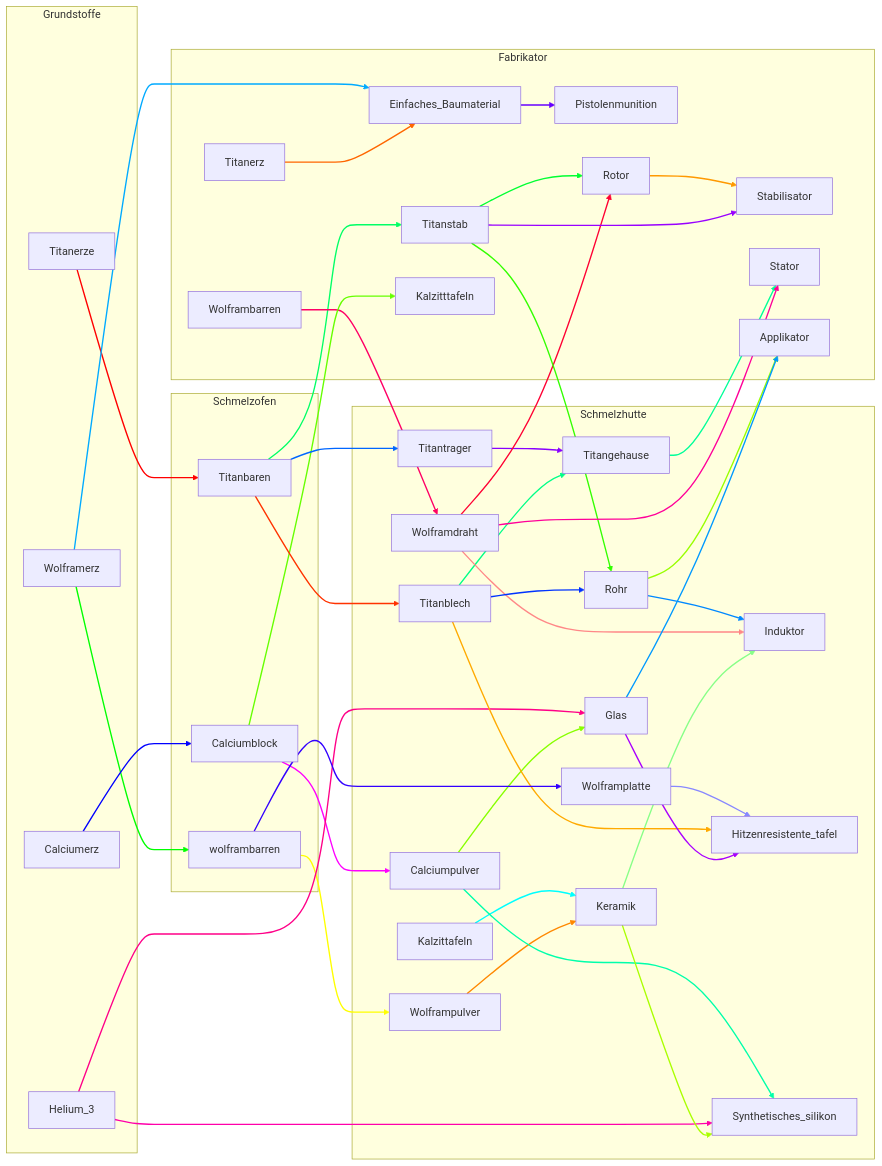
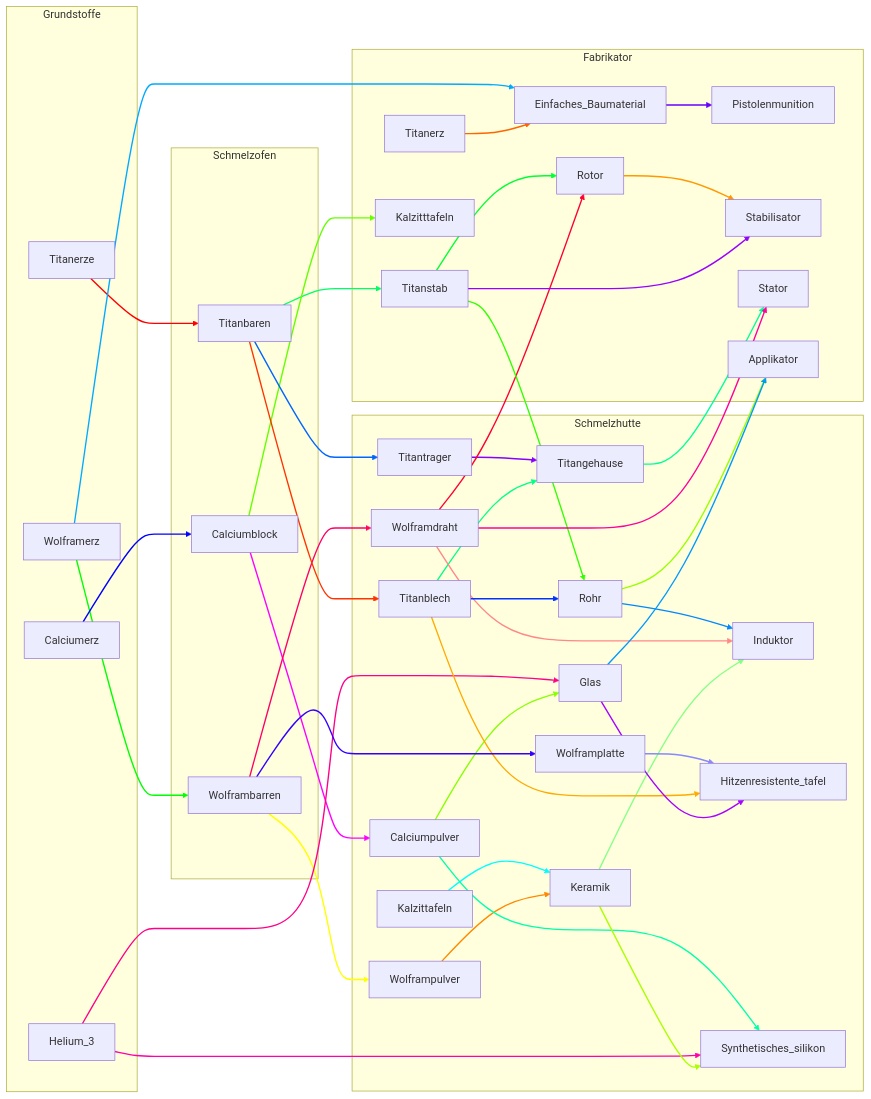
Before and after one commit to andrevdl/StarRuptere: the diagram in tree.md, drawn with Mermaid.

```diff
--- a/tree.md
+++ b/tree.md
@@ -13,11 +13,11 @@
     end
     subgraph Schmelzofen
         Titanerze--> Titanbaren;
-        Wolframerz-->wolframbarren;
+        Wolframerz-->Wolframbarren;
         Calciumerz-->Calciumblock;
     end
     subgraph Schmelzhutte
-        wolframbarren-->Wolframpulver;
+        Wolframbarren-->Wolframpulver;
         Calciumblock-->Calciumpulver;
         Kalzittafeln-->Keramik
         Wolframpulver-->Keramik;
@@ -44,7 +44,7 @@
         Calciumblock-->Kalzitttafeln;
         Titanbaren-->Titantrager;
         Titanbaren-->Titanblech;
-        wolframbarren-->Wolframplatte;
+        Wolframbarren-->Wolframplatte;
         Titanstab-->Rotor;
         Wolframdraht-->Rotor;
         Titanstab-->Rohr;
```
